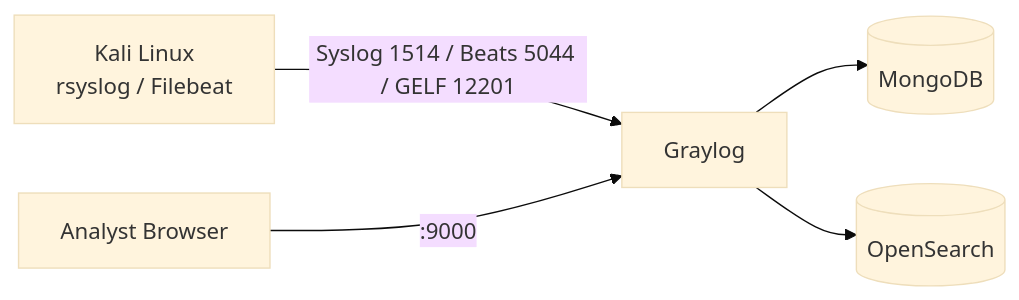
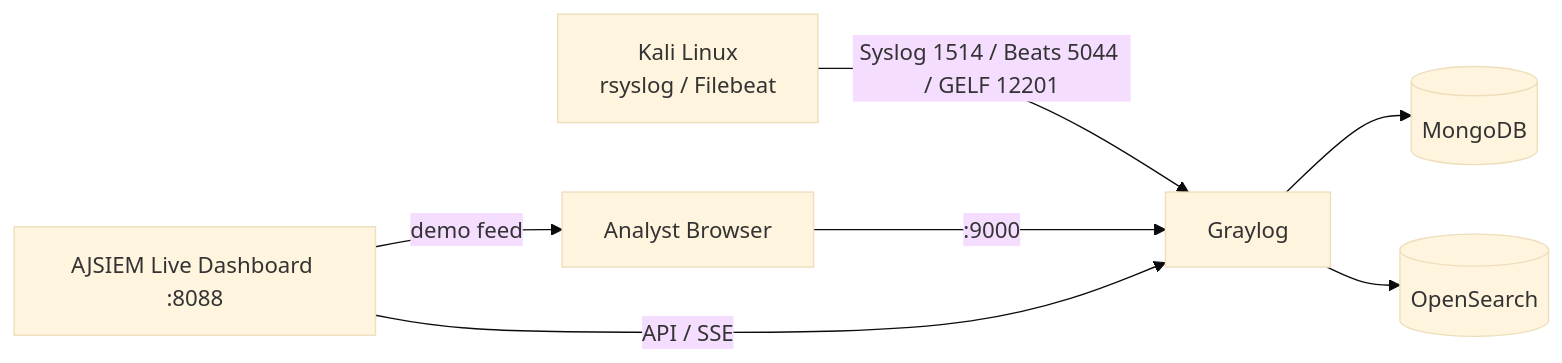
Before and after one commit to AJno13th/AJSIEM: the diagram in README.md, drawn with Mermaid (base theme). The commit also changed other lines of this file and 9 other files, not shown here.

First line of the commit message:
Add a live AJSIEM operations dashboard with SSE streaming.

````diff
--- a/README.md
+++ b/README.md
@@ -22,7 +22,9 @@
 ```mermaid
 flowchart LR
   Kali[Kali Linux<br/>rsyslog / Filebeat] -->|Syslog 1514 / Beats 5044 / GELF 12201| Graylog
   Graylog --> MongoDB[(MongoDB)]
   Graylog --> OpenSearch[(OpenSearch)]
   Analyst[Analyst Browser] -->|:9000| Graylog
+  Dashboard[AJSIEM Live Dashboard :8088] -->|API / SSE| Graylog
+  Dashboard -->|demo feed| Analyst
 ```
````
